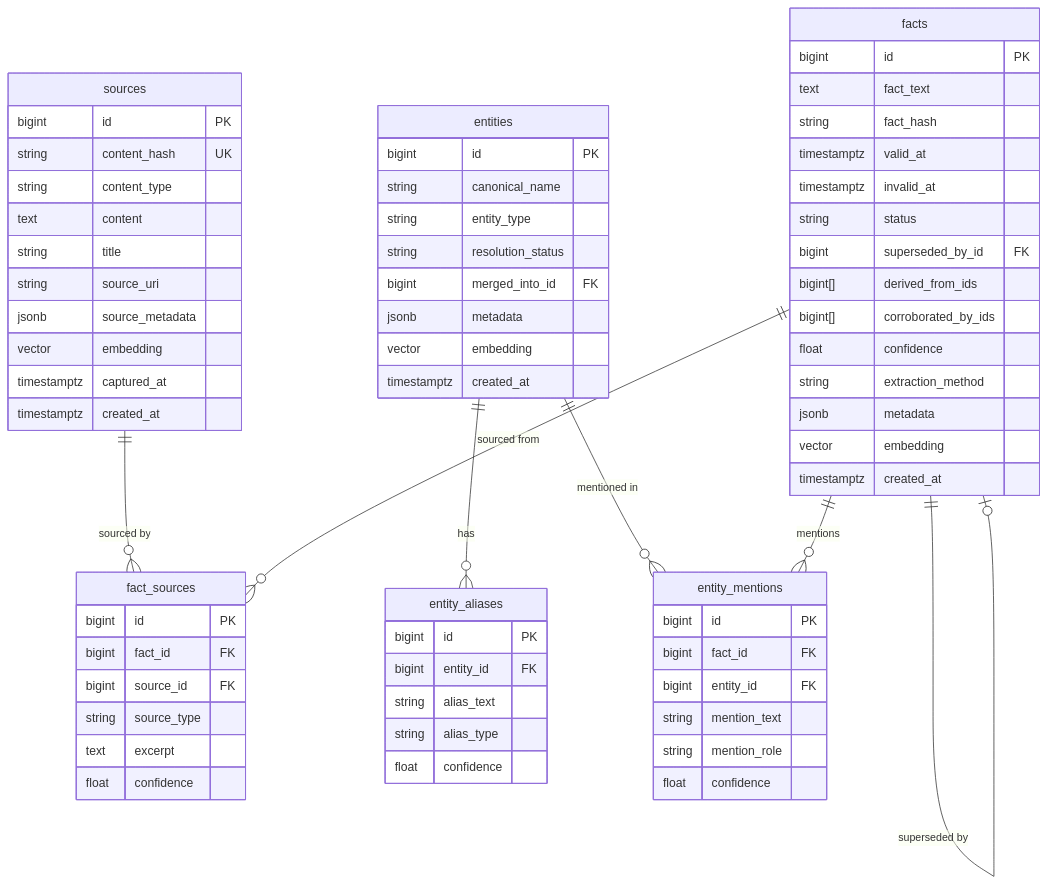
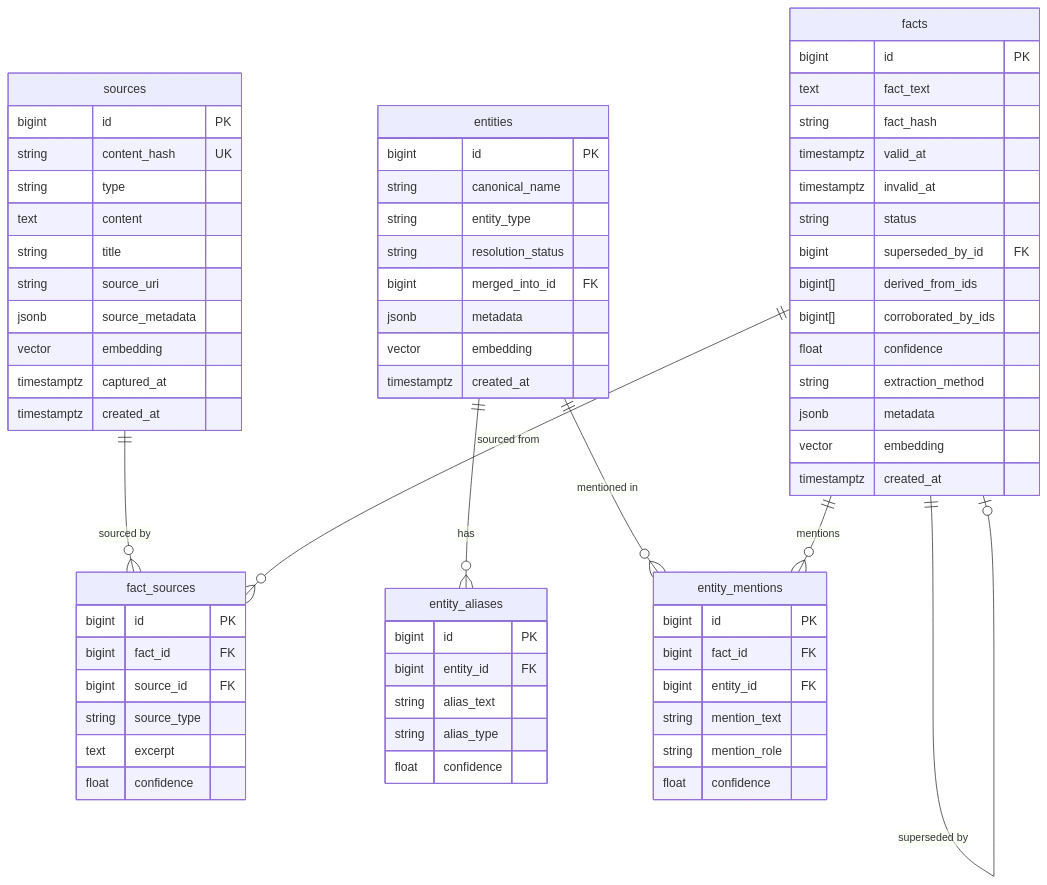
One commit to MadBomber/fact_db changed the diagram in docs/architecture/database-schema.md. Above: the diagram before and after it, drawn with Mermaid. The commit also changed other lines of this file and 8 other files, not shown here.

First line of the commit message:
refactor(schema)!: rename content_type column to type

````diff
--- a/docs/architecture/database-schema.md
+++ b/docs/architecture/database-schema.md
@@ -7,76 +7,76 @@
 ```mermaid
 erDiagram
     sources ||--o{ fact_sources : "sourced by"
     entities ||--o{ entity_aliases : "has"
     entities ||--o{ entity_mentions : "mentioned in"
     facts ||--o{ entity_mentions : "mentions"
     facts ||--o{ fact_sources : "sourced from"
     facts ||--o| facts : "superseded by"
 
     sources {
         bigint id PK
         string content_hash UK
-        string content_type
+        string type
         text content
         string title
         string source_uri
         jsonb source_metadata
         vector embedding
         timestamptz captured_at
         timestamptz created_at
     }
 
     entities {
         bigint id PK
         string canonical_name
         string entity_type
         string resolution_status
         bigint merged_into_id FK
         jsonb metadata
         vector embedding
         timestamptz created_at
     }
 
     entity_aliases {
         bigint id PK
         bigint entity_id FK
         string alias_text
         string alias_type
         float confidence
     }
 
     facts {
         bigint id PK
         text fact_text
         string fact_hash
         timestamptz valid_at
         timestamptz invalid_at
         string status
         bigint superseded_by_id FK
         bigint[] derived_from_ids
         bigint[] corroborated_by_ids
         float confidence
         string extraction_method
         jsonb metadata
         vector embedding
         timestamptz created_at
     }
 
     entity_mentions {
         bigint id PK
         bigint fact_id FK
         bigint entity_id FK
         string mention_text
         string mention_role
         float confidence
     }
 
     fact_sources {
         bigint id PK
         bigint fact_id FK
         bigint source_id FK
         string source_type
         text excerpt
         float confidence
     }
 ```
````
